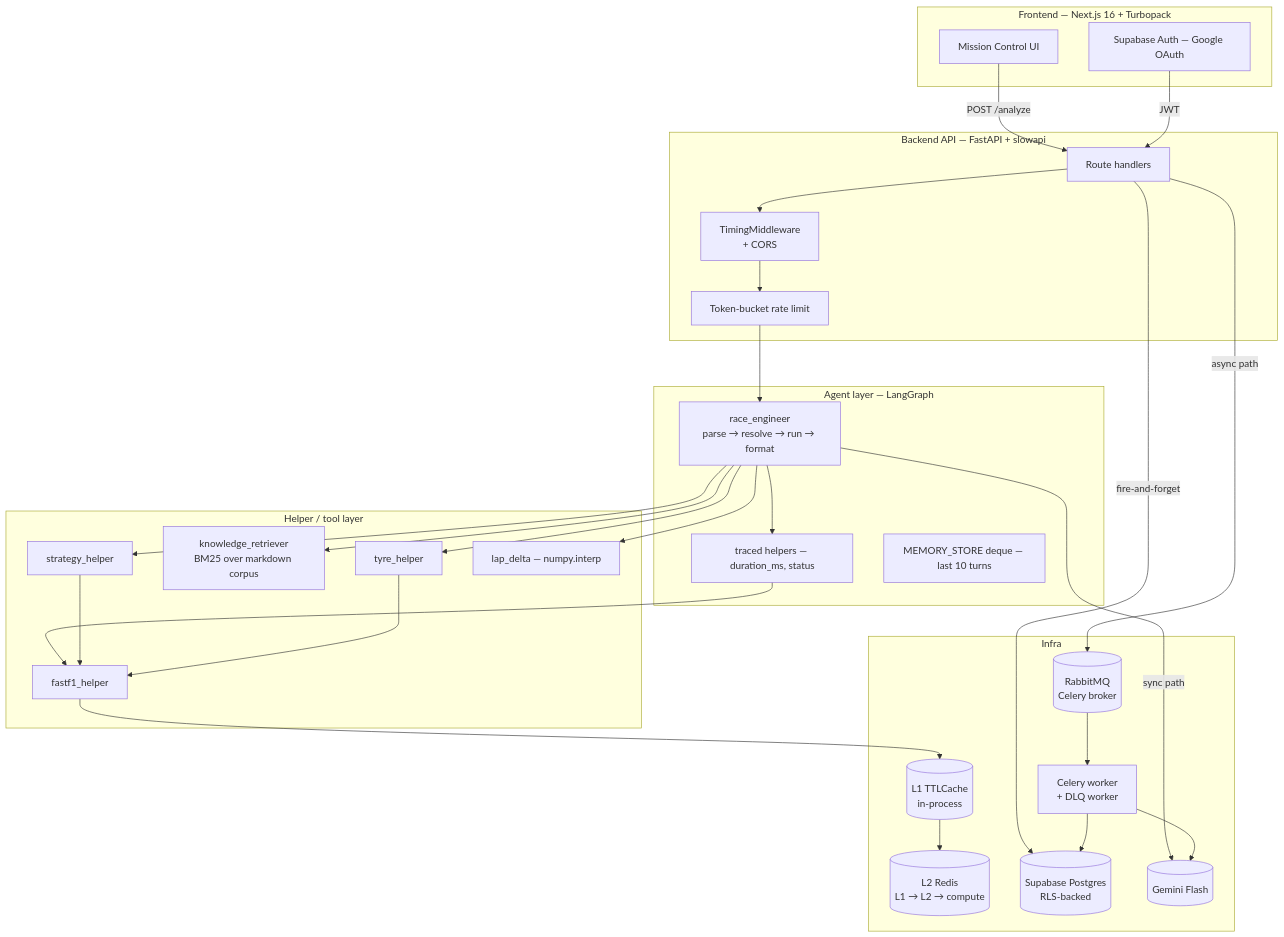
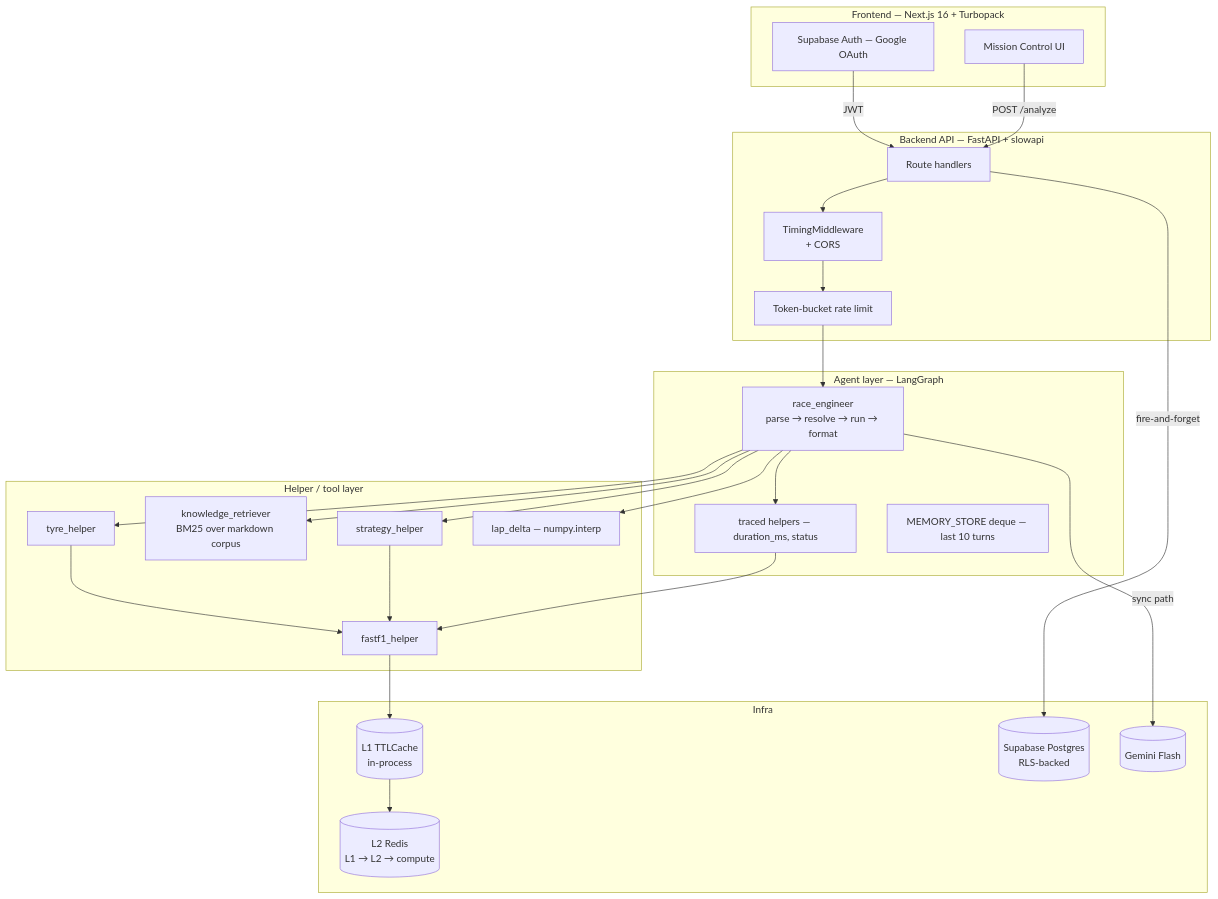
The second of 2 diagrams in docs/ARCHITECTURE.md (529-studio/f1-virtual-engineer), drawn with Mermaid before and after one commit. The commit also changed other lines of this file and 34 other files, not shown here.

````diff
--- a/docs/ARCHITECTURE.md
+++ b/docs/ARCHITECTURE.md
@@ -81,52 +72,48 @@
 ```mermaid
 graph TD
     subgraph Frontend["Frontend — Next.js 16 + Turbopack"]
         UI[Mission Control UI]
         Auth[Supabase Auth — Google OAuth]
     end
 
     subgraph API["Backend API — FastAPI + slowapi"]
         Routes[Route handlers]
         Middleware[TimingMiddleware<br/>+ CORS]
         Limiter[Token-bucket rate limit]
     end
 
     subgraph Agent["Agent layer — LangGraph"]
         Graph[race_engineer<br/>parse → resolve → run → format]
         Trace[traced helpers — duration_ms, status]
         Memory[MEMORY_STORE deque — last 10 turns]
     end
 
     subgraph Tools["Helper / tool layer"]
         FastF1[fastf1_helper]
         Strategy[strategy_helper]
         Knowledge[knowledge_retriever<br/>BM25 over markdown corpus]
         Tyre[tyre_helper]
         LapDelta[lap_delta — numpy.interp]
     end
 
     subgraph Infra["Infra"]
         L1[(L1 TTLCache<br/>in-process)]
         L2[(L2 Redis<br/>L1 → L2 → compute)]
-        Broker[(RabbitMQ<br/>Celery broker)]
-        Worker[Celery worker<br/>+ DLQ worker]
         DB[(Supabase Postgres<br/>RLS-backed)]
         LLM[(Gemini Flash)]
     end
 
     UI -->|POST /analyze| Routes
     Auth -->|JWT| Routes
     Routes --> Middleware --> Limiter --> Graph
     Graph --> Trace --> FastF1
     Graph --> Strategy
     Graph --> Knowledge
     Graph --> Tyre
     Graph --> LapDelta
     FastF1 --> L1 --> L2
     Strategy --> FastF1
     Tyre --> FastF1
     Routes -->|fire-and-forget| DB
     Graph -->|sync path| LLM
-    Routes -->|async path| Broker --> Worker --> LLM
-    Worker --> DB
 ```
````
